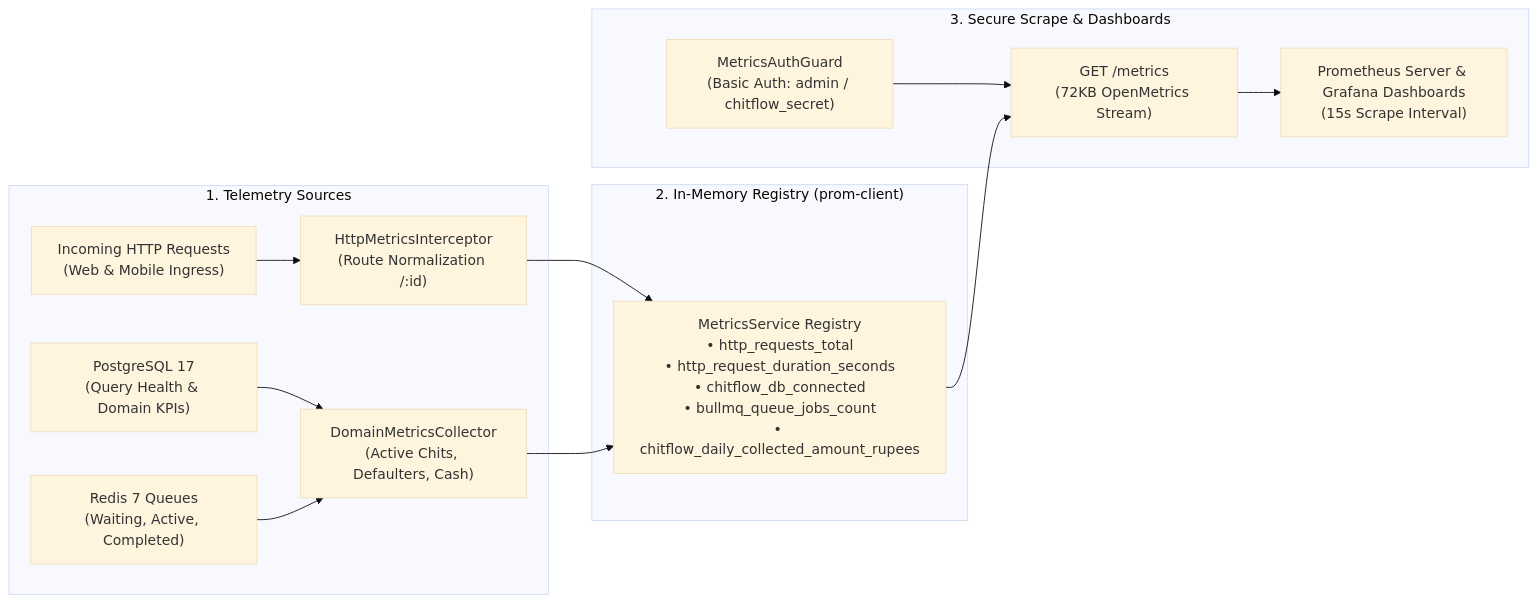
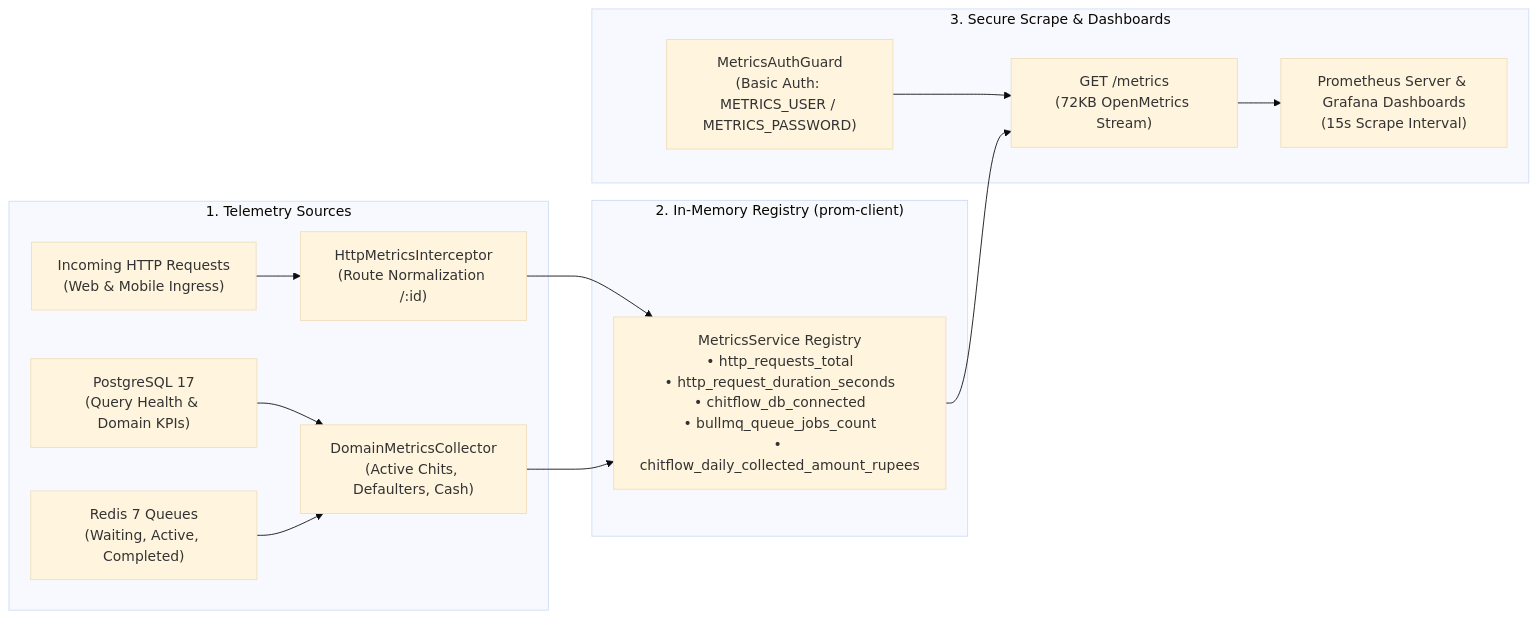
The second of 7 diagrams in docs/03-architecture/observability-and-monitoring-architecture.md (Kathir-24/Kumaran-finance), drawn with Mermaid (base theme) before and after one commit. The commit also changed other lines of this file and 29 other files, not shown here.

````diff
--- a/docs/03-architecture/observability-and-monitoring-architecture.md
+++ b/docs/03-architecture/observability-and-monitoring-architecture.md
@@ -72,23 +72,23 @@
 ```mermaid
 flowchart LR
     subgraph SOURCES["1. Telemetry Sources"]
         REQ["Incoming HTTP Requests\n(Web & Mobile Ingress)"] --> INT["HttpMetricsInterceptor\n(Route Normalization /:id)"]
         DB["PostgreSQL 17\n(Query Health & Domain KPIs)"] --> COL["DomainMetricsCollector\n(Active Chits, Defaulters, Cash)"]
         REDIS["Redis 7 Queues\n(Waiting, Active, Completed)"] --> COL
     end
 
     subgraph REGISTRY["2. In-Memory Registry (prom-client)"]
         INT --> REG["MetricsService Registry\n• http_requests_total\n• http_request_duration_seconds\n• chitflow_db_connected\n• bullmq_queue_jobs_count\n• chitflow_daily_collected_amount_rupees"]
         COL --> REG
     end
 
     subgraph EXPOSURE["3. Secure Scrape & Dashboards"]
-        GUARD["MetricsAuthGuard\n(Basic Auth: admin / chitflow_secret)"]
+        GUARD["MetricsAuthGuard\n(Basic Auth: METRICS_USER / METRICS_PASSWORD)"]
         ENDPOINT["GET /metrics\n(72KB OpenMetrics Stream)"]
         GRAFANA["Prometheus Server & Grafana Dashboards\n(15s Scrape Interval)"]
 
         GUARD --> ENDPOINT
         REG --> ENDPOINT
         ENDPOINT --> GRAFANA
     end
 ```
````
